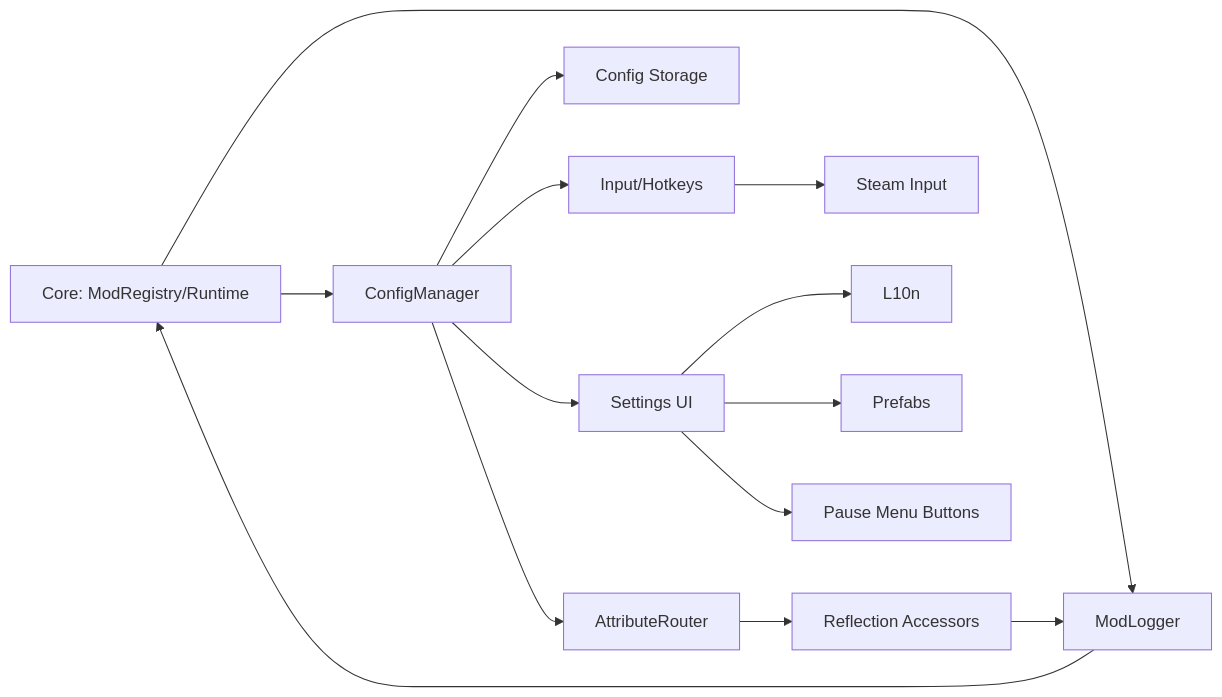
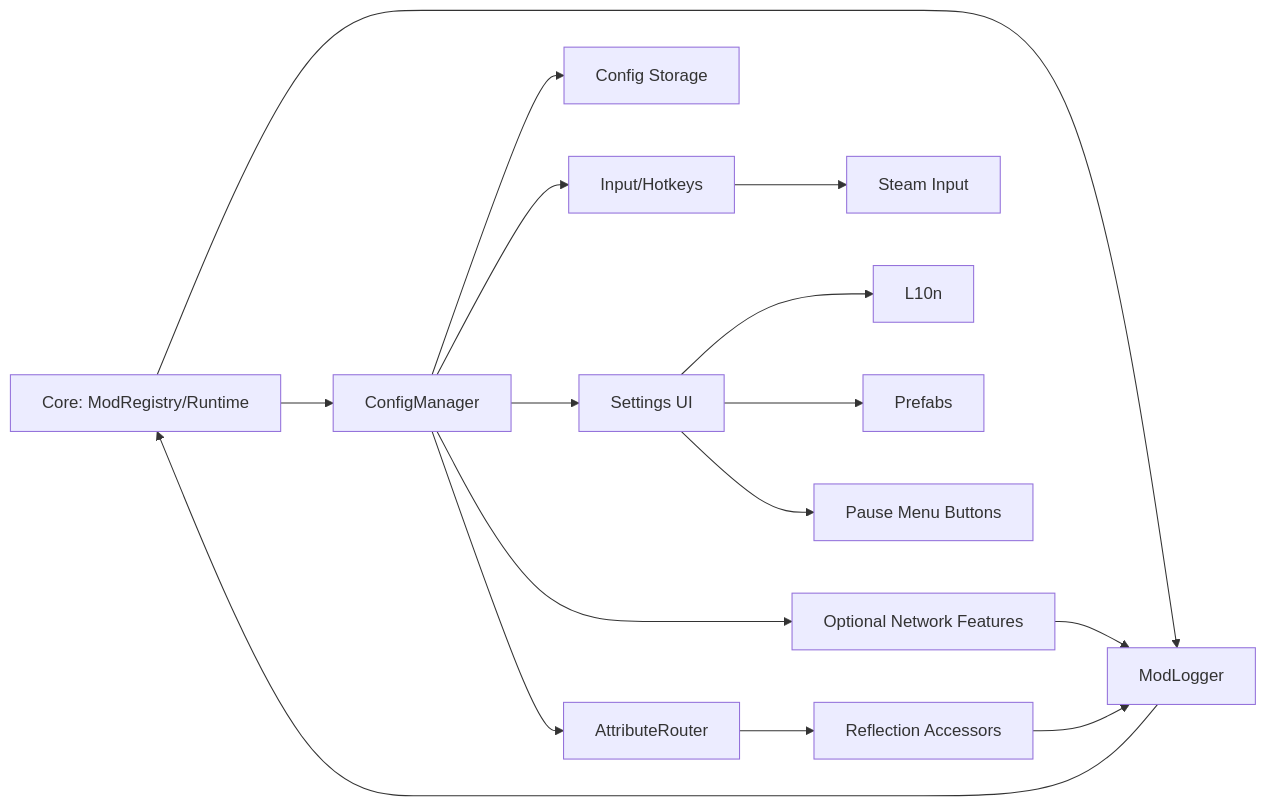
Before and after one commit to JMC-Mods/SlayTheSpire2_JmcModLib: diagram 16 of 16 in docs/JML_API_Reference.md, drawn with Mermaid. The commit also changed other lines of this file and 21 other files, not shown here.

````diff
--- a/docs/JML_API_Reference.md
+++ b/docs/JML_API_Reference.md
@@ -1615,16 +1616,18 @@
 ```mermaid
 flowchart LR
     Core[Core: ModRegistry/Runtime] --> Config[ConfigManager]
     Core --> Logger[ModLogger]
     Config --> Router[AttributeRouter]
     Router --> Reflection[Reflection Accessors]
     Config --> Storage[Config Storage]
     Config --> UI[Settings UI]
     Config --> Input[Input/Hotkeys]
     Input --> Steam[Steam Input]
     UI --> L10n[L10n]
     UI --> Prefabs[Prefabs]
     UI --> PauseMenu[Pause Menu Buttons]
+    Config --> Multiplayer[Optional Network Features]
+    Multiplayer --> Logger
     Logger --> Core
     Reflection --> Logger
 ```
````
